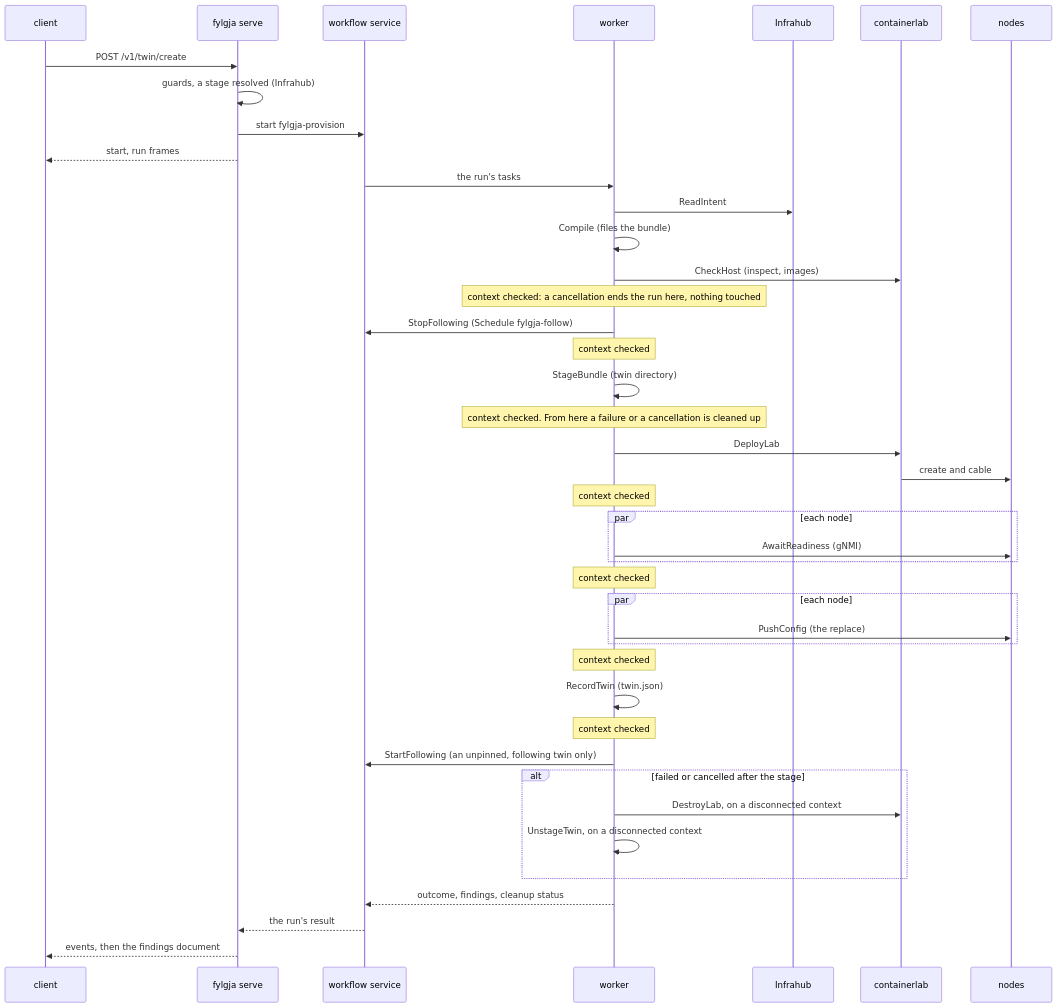
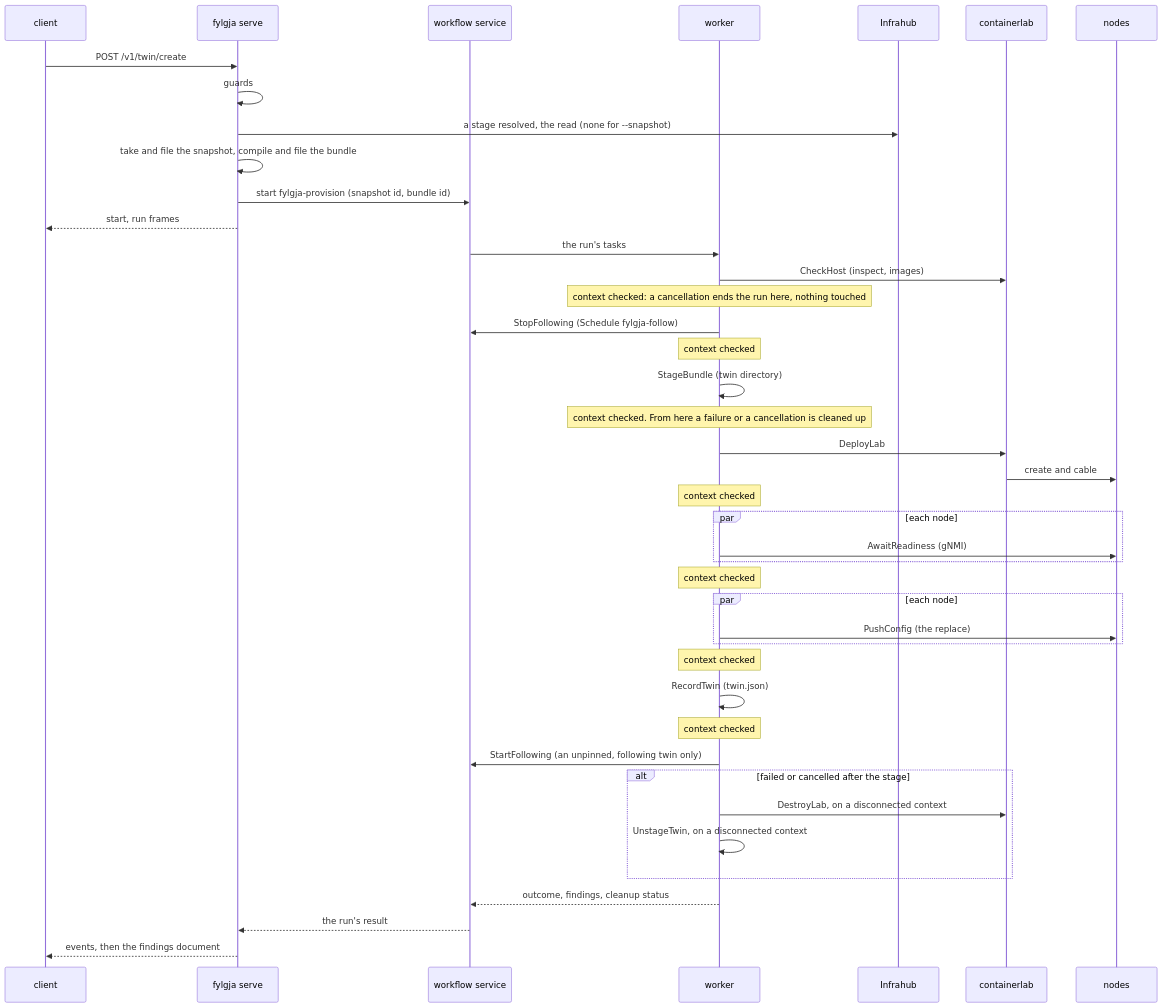
One commit to happypathnetworking/fylgja changed the third of 5 diagrams in docs/architecture.md. Above: the diagram before and after it, drawn with Mermaid. The commit also changed other lines of this file and 6 other files, not shown here.

First line of the commit message:
docs: architecture, glossary, development, the brief and the README say what 018 built

````diff
--- a/docs/architecture.md
+++ b/docs/architecture.md
@@ -711,44 +764,44 @@
 ```mermaid
 sequenceDiagram
     participant C as client
     participant S as fylgja serve
     participant T as workflow service
     participant W as worker
     participant I as Infrahub
     participant L as containerlab
     participant N as nodes
     C->>S: POST /v1/twin/create
-    S->>S: guards, a stage resolved (Infrahub)
-    S->>T: start fylgja-provision
+    S->>S: guards
+    S->>I: a stage resolved, the read (none for --snapshot)
+    S->>S: take and file the snapshot, compile and file the bundle
+    S->>T: start fylgja-provision (snapshot id, bundle id)
     S-->>C: start, run frames
     T->>W: the run's tasks
-    W->>I: ReadIntent
-    W->>W: Compile (files the bundle)
     W->>L: CheckHost (inspect, images)
     Note over W: context checked: a cancellation ends the run here, nothing touched
     W->>T: StopFollowing (Schedule fylgja-follow)
     Note over W: context checked
     W->>W: StageBundle (twin directory)
     Note over W: context checked. From here a failure or a cancellation is cleaned up
     W->>L: DeployLab
     L->>N: create and cable
     Note over W: context checked
     par each node
         W->>N: AwaitReadiness (gNMI)
     end
     Note over W: context checked
     par each node
         W->>N: PushConfig (the replace)
     end
     Note over W: context checked
     W->>W: RecordTwin (twin.json)
     Note over W: context checked
     W->>T: StartFollowing (an unpinned, following twin only)
     alt failed or cancelled after the stage
         W->>L: DestroyLab, on a disconnected context
         W->>W: UnstageTwin, on a disconnected context
     end
     W-->>T: outcome, findings, cleanup status
     T-->>S: the run's result
     S-->>C: events, then the findings document
 ```
````
